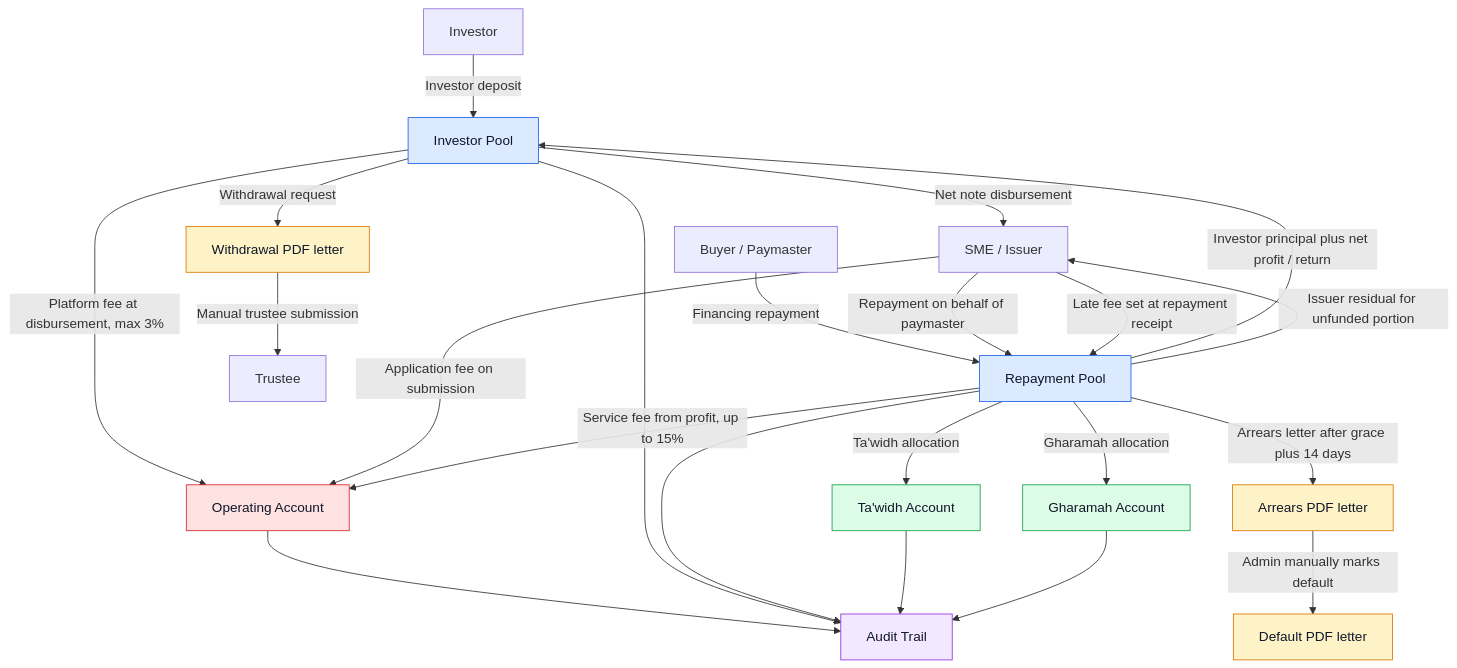
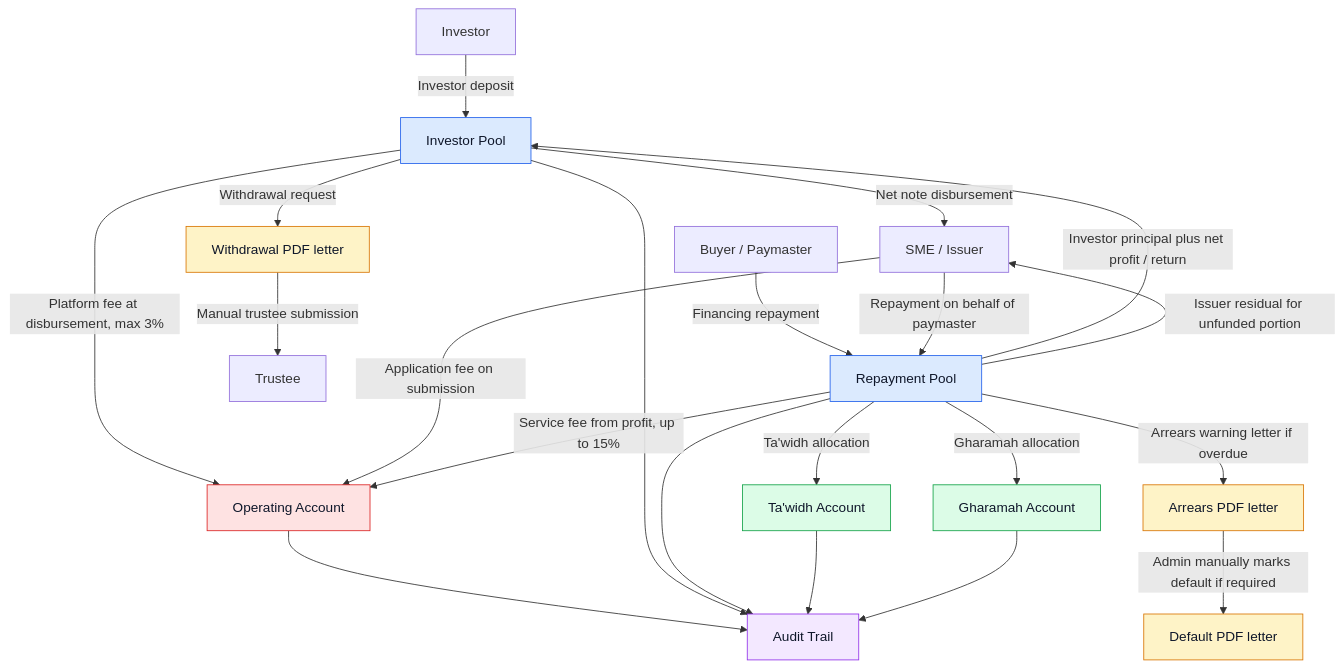
Before and after one commit to Malcan-Technologies/shoraka: the first of 2 diagrams in docs/help/admin-note-money-flow.md, drawn with Mermaid. The commit also changed other lines of this file and 59 other files, not shown here.

````diff
--- a/docs/help/admin-note-money-flow.md
+++ b/docs/help/admin-note-money-flow.md
@@ -31,36 +39,35 @@
 ```mermaid
 flowchart TD
   investor["Investor"] -->|"Investor deposit"| investorPool["Investor Pool"]
   investorPool -->|"Net note disbursement"| issuer["SME / Issuer"]
   investorPool -->|"Platform fee at disbursement, max 3%"| operating["Operating Account"]
   issuer -->|"Application fee on submission"| operating
   paymaster["Buyer / Paymaster"] -->|"Financing repayment"| repaymentPool["Repayment Pool"]
   issuer -->|"Repayment on behalf of paymaster"| repaymentPool
   repaymentPool -->|"Investor principal plus net profit / return"| investorPool
   repaymentPool -->|"Service fee from profit, up to 15%"| operating
   repaymentPool -->|"Issuer residual for unfunded portion"| issuer
-  issuer -->|"Late fee set at repayment receipt"| repaymentPool
   repaymentPool -->|"Ta'widh allocation"| tawidh["Ta'widh Account"]
   repaymentPool -->|"Gharamah allocation"| gharamah["Gharamah Account"]
   investorPool -->|"Withdrawal request"| withdrawalLetter["Withdrawal PDF letter"]
   withdrawalLetter -->|"Manual trustee submission"| trustee["Trustee"]
-  repaymentPool -->|"Arrears letter after grace plus 14 days"| arrearsLetter["Arrears PDF letter"]
-  arrearsLetter -->|"Admin manually marks default"| defaultLetter["Default PDF letter"]
+  repaymentPool -->|"Arrears warning letter if overdue"| arrearsLetter["Arrears PDF letter"]
+  arrearsLetter -->|"Admin manually marks default if required"| defaultLetter["Default PDF letter"]
   operating --> audit["Audit Trail"]
   investorPool --> audit
   repaymentPool --> audit
   tawidh --> audit
   gharamah --> audit
 
   class investorPool,repaymentPool pool
   class operating operatingAccount
   class tawidh,gharamah syariahAccount
   class withdrawalLetter,arrearsLetter,defaultLetter documentStep
   class audit auditStep
 
   classDef pool fill:#dbeafe,stroke:#2563eb,color:#0f172a
   classDef operatingAccount fill:#fee2e2,stroke:#dc2626,color:#0f172a
   classDef syariahAccount fill:#dcfce7,stroke:#16a34a,color:#0f172a
   classDef documentStep fill:#fef3c7,stroke:#d97706,color:#0f172a
   classDef auditStep fill:#f3e8ff,stroke:#9333ea,color:#0f172a
 ```
````
